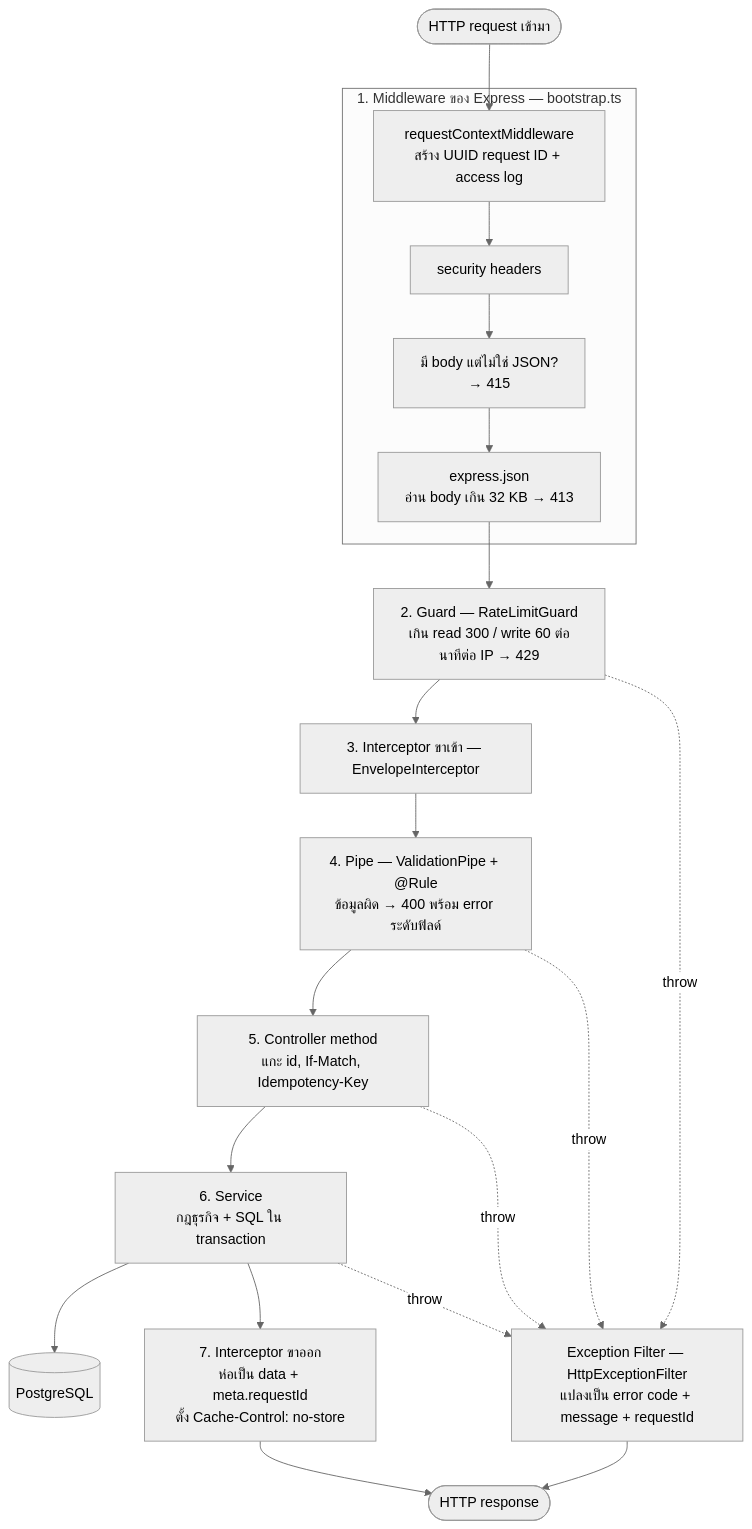
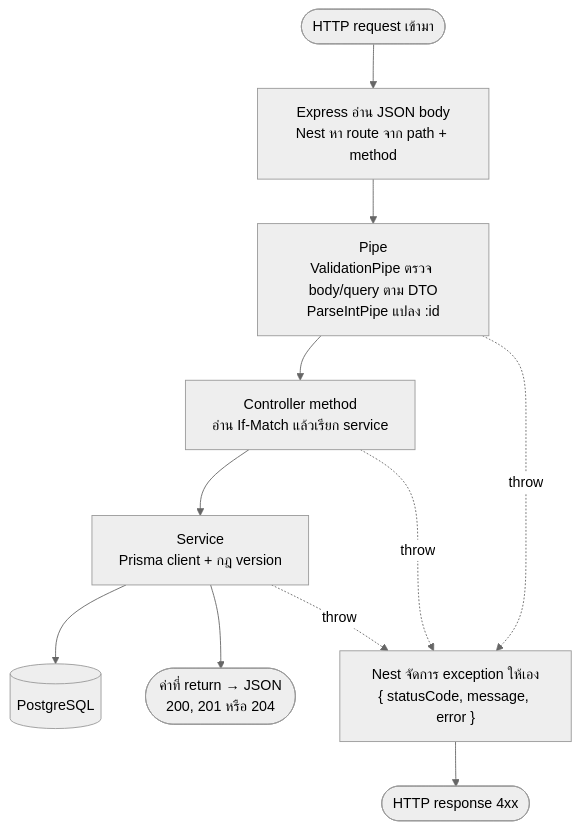
Before and after one commit to sittipong-hemloun/helius-tech-test: the third of 3 diagrams in docs/learn/02-nestjs.md, drawn with Mermaid (neutral theme). The commit also changed other lines of this file and 180 other files, not shown here.

````diff
--- a/docs/learn/02-nestjs.md
+++ b/docs/learn/02-nestjs.md
@@ -174,22 +149,13 @@
 ```mermaid
 flowchart TD
-    REQ(["HTTP request เข้ามา"]) --> MW1
-    subgraph MW["1. Middleware ของ Express — bootstrap.ts"]
-        MW1["requestContextMiddleware<br/>สร้าง UUID request ID + access log"] --> MW2["security headers"]
-        MW2 --> MW3["มี body แต่ไม่ใช่ JSON?<br/>→ 415"]
-        MW3 --> MW4["express.json<br/>อ่าน body เกิน 32 KB → 413"]
-    end
-    MW4 --> G["2. Guard — RateLimitGuard<br/>เกิน read 300 / write 60 ต่อนาทีต่อ IP → 429"]
-    G --> I1["3. Interceptor ขาเข้า — EnvelopeInterceptor"]
-    I1 --> P["4. Pipe — ValidationPipe + @Rule<br/>ข้อมูลผิด → 400 พร้อม error ระดับฟิลด์"]
-    P --> H["5. Controller method<br/>แกะ id, If-Match, Idempotency-Key"]
-    H --> S["6. Service<br/>กฎธุรกิจ + SQL ใน transaction"]
+    REQ(["HTTP request เข้ามา"]) --> R["Express อ่าน JSON body<br/>Nest หา route จาก path + method"]
+    R --> P["Pipe<br/>ValidationPipe ตรวจ body/query ตาม DTO<br/>ParseIntPipe แปลง :id"]
+    P --> H["Controller method<br/>อ่าน If-Match แล้วเรียก service"]
+    H --> S["Service<br/>Prisma client + กฎ version"]
     S --> DB[("PostgreSQL")]
-    S --> I2["7. Interceptor ขาออก<br/>ห่อเป็น data + meta.requestId<br/>ตั้ง Cache-Control: no-store"]
-    I2 --> RES(["HTTP response"])
-    G -. "throw" .-> F["Exception Filter — HttpExceptionFilter<br/>แปลงเป็น error code + message + requestId"]
-    P -. "throw" .-> F
-    H -. "throw" .-> F
-    S -. "throw" .-> F
-    F --> RES
+    S --> OK(["ค่าที่ return → JSON<br/>200, 201 หรือ 204"])
+    P -. "throw" .-> E["Nest จัดการ exception ให้เอง<br/>{ statusCode, message, error }"]
+    H -. "throw" .-> E
+    S -. "throw" .-> E
+    E --> ERR(["HTTP response 4xx"])
 ```
````
